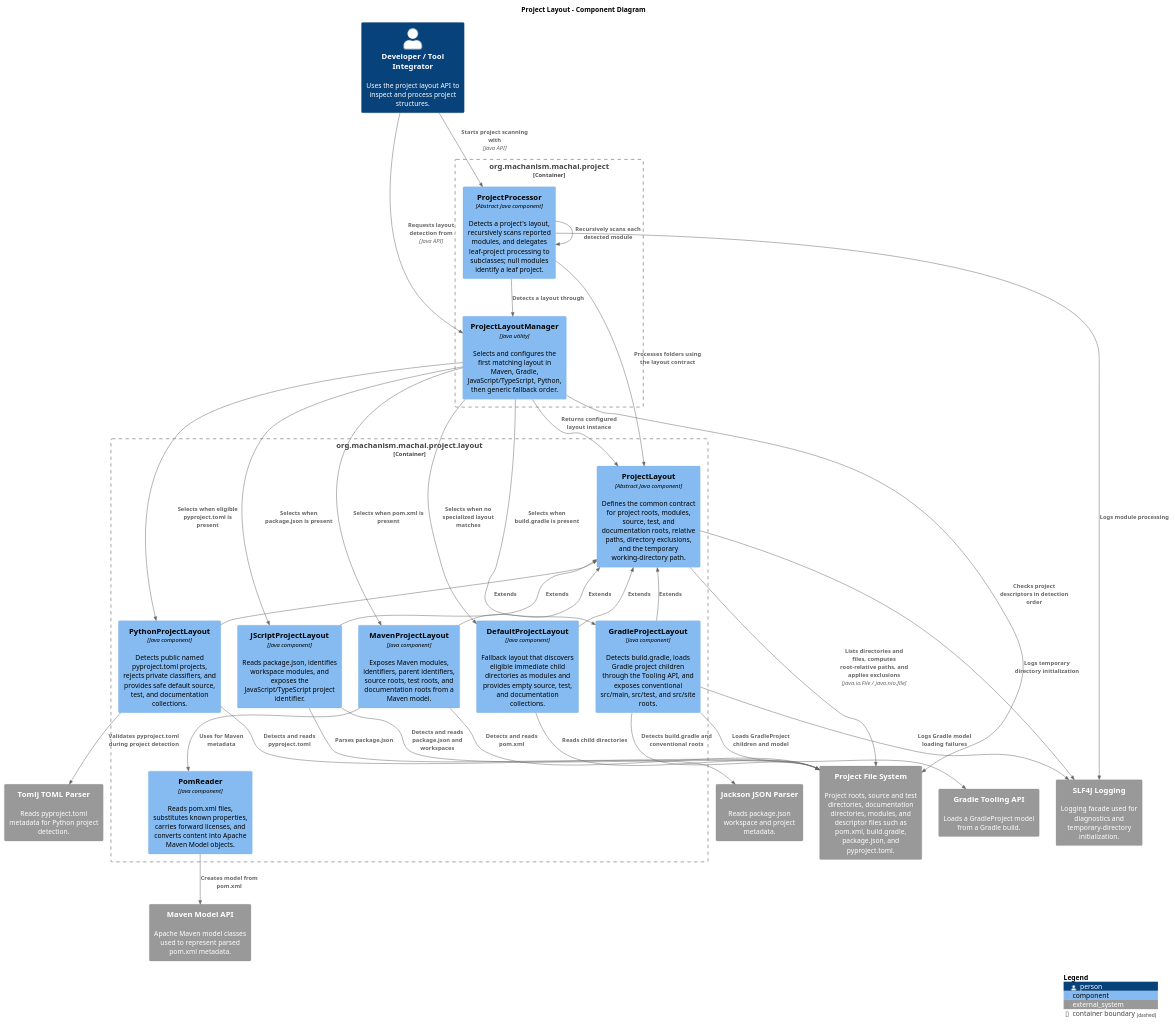
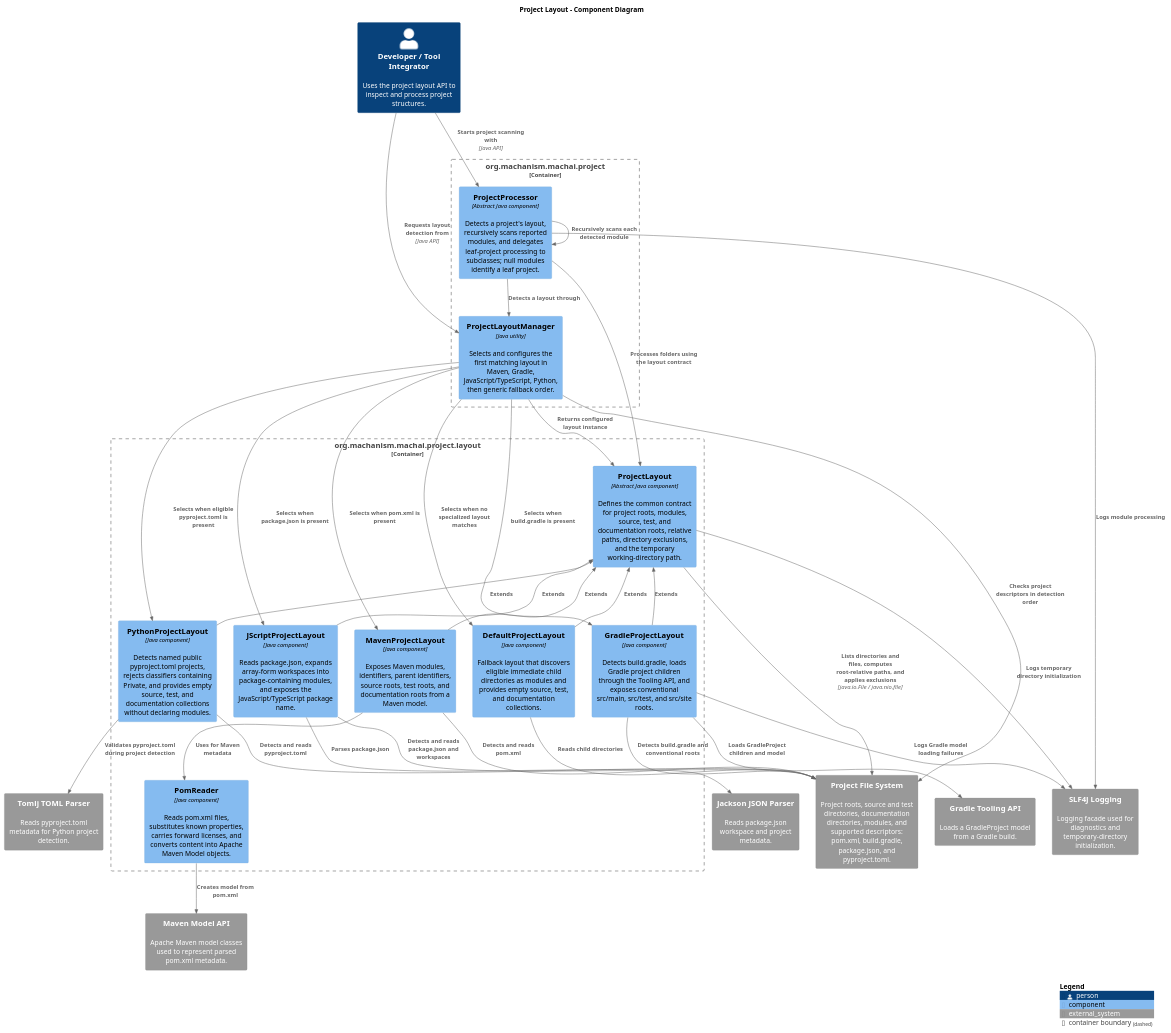
The diagram in src/site/puml/c4-diagram.puml (machanism-org/project-layout), drawn with PlantUML before and after one commit. The commit also changed 4 other files, not shown here.

Commit message:
docs: clarify project layout behavior

```diff
--- a/src/site/puml/c4-diagram.puml
+++ b/src/site/puml/c4-diagram.puml
@@ -10,68 +10,68 @@
 @startuml ProjectLayoutComponentDiagram
 !include <C4/C4_Component>
 
 LAYOUT_TOP_DOWN()
 
 title Project Layout - Component Diagram
 
 Person(developer, "Developer / Tool Integrator", "Uses the project layout API to inspect and process project structures.")
 
-System_Ext(projectFiles, "Project File System", "Project roots, source and test directories, documentation directories, modules, and descriptor files such as pom.xml, build.gradle, package.json, and pyproject.toml.")
+System_Ext(projectFiles, "Project File System", "Project roots, source and test directories, documentation directories, modules, and supported descriptors: pom.xml, build.gradle, package.json, and pyproject.toml.")
 System_Ext(mavenModel, "Maven Model API", "Apache Maven model classes used to represent parsed pom.xml metadata.")
 System_Ext(gradleTooling, "Gradle Tooling API", "Loads a GradleProject model from a Gradle build.")
 System_Ext(jsonParser, "Jackson JSON Parser", "Reads package.json workspace and project metadata.")
 System_Ext(tomlParser, "Tomlj TOML Parser", "Reads pyproject.toml metadata for Python project detection.")
 System_Ext(logging, "SLF4J Logging", "Logging facade used for diagnostics and temporary-directory initialization.")
 
 Container_Boundary(projectCore, "org.machanism.machai.project") {
     Component(projectProcessor, "ProjectProcessor", "Abstract Java component", "Detects a project's layout, recursively scans reported modules, and delegates leaf-project processing to subclasses; null modules identify a leaf project.")
     Component(projectLayoutManager, "ProjectLayoutManager", "Java utility", "Selects and configures the first matching layout in Maven, Gradle, JavaScript/TypeScript, Python, then generic fallback order.")
 }
 
 Container_Boundary(layoutComponents, "org.machanism.machai.project.layout") {
     Component(projectLayout, "ProjectLayout", "Abstract Java component", "Defines the common contract for project roots, modules, source, test, and documentation roots, relative paths, directory exclusions, and the temporary working-directory path.")
     Component(defaultLayout, "DefaultProjectLayout", "Java component", "Fallback layout that discovers eligible immediate child directories as modules and provides empty source, test, and documentation collections.")
     Component(mavenLayout, "MavenProjectLayout", "Java component", "Exposes Maven modules, identifiers, parent identifiers, source roots, test roots, and documentation roots from a Maven model.")
     Component(gradleLayout, "GradleProjectLayout", "Java component", "Detects build.gradle, loads Gradle project children through the Tooling API, and exposes conventional src/main, src/test, and src/site roots.")
-    Component(jsLayout, "JScriptProjectLayout", "Java component", "Reads package.json, identifies workspace modules, and exposes the JavaScript/TypeScript project identifier.")
-    Component(pythonLayout, "PythonProjectLayout", "Java component", "Detects public named pyproject.toml projects, rejects private classifiers, and provides safe default source, test, and documentation collections.")
+    Component(jsLayout, "JScriptProjectLayout", "Java component", "Reads package.json, expands array-form workspaces into package-containing modules, and exposes the JavaScript/TypeScript package name.")
+    Component(pythonLayout, "PythonProjectLayout", "Java component", "Detects named public pyproject.toml projects, rejects classifiers containing Private, and provides empty source, test, and documentation collections without declaring modules.")
     Component(pomReader, "PomReader", "Java component", "Reads pom.xml files, substitutes known properties, carries forward licenses, and converts content into Apache Maven Model objects.")
 }
 
 Rel(developer, projectProcessor, "Starts project scanning with", "Java API")
 Rel(developer, projectLayoutManager, "Requests layout detection from", "Java API")
 
 Rel(projectProcessor, projectLayoutManager, "Detects a layout through")
 Rel(projectProcessor, projectLayout, "Processes folders using the layout contract")
 Rel(projectProcessor, projectProcessor, "Recursively scans each detected module")
 Rel(projectLayoutManager, projectFiles, "Checks project descriptors in detection order")
 Rel(projectLayoutManager, projectLayout, "Returns configured layout instance")
 Rel(projectLayoutManager, mavenLayout, "Selects when pom.xml is present")
 Rel(projectLayoutManager, gradleLayout, "Selects when build.gradle is present")
 Rel(projectLayoutManager, jsLayout, "Selects when package.json is present")
 Rel(projectLayoutManager, pythonLayout, "Selects when eligible pyproject.toml is present")
 Rel(projectLayoutManager, defaultLayout, "Selects when no specialized layout matches")
 
 Rel_U(defaultLayout, projectLayout, "Extends")
 Rel_U(mavenLayout, projectLayout, "Extends")
 Rel_U(gradleLayout, projectLayout, "Extends")
 Rel_U(jsLayout, projectLayout, "Extends")
 Rel_U(pythonLayout, projectLayout, "Extends")
 
 Rel(projectLayout, projectFiles, "Lists directories and files, computes root-relative paths, and applies exclusions", "java.io.File / java.nio.file")
 Rel(defaultLayout, projectFiles, "Reads child directories")
 Rel(mavenLayout, projectFiles, "Detects and reads pom.xml")
 Rel(mavenLayout, pomReader, "Uses for Maven metadata")
 Rel(pomReader, mavenModel, "Creates model from pom.xml")
 Rel(gradleLayout, projectFiles, "Detects build.gradle and conventional roots")
 Rel(gradleLayout, gradleTooling, "Loads GradleProject children and model")
 Rel(gradleLayout, logging, "Logs Gradle model loading failures")
 Rel(jsLayout, projectFiles, "Detects and reads package.json and workspaces")
 Rel(jsLayout, jsonParser, "Parses package.json")
 Rel(pythonLayout, projectFiles, "Detects and reads pyproject.toml")
 Rel(pythonLayout, tomlParser, "Validates pyproject.toml during project detection")
 Rel(projectProcessor, logging, "Logs module processing")
 Rel(projectLayout, logging, "Logs temporary directory initialization")
 
 SHOW_LEGEND()
 @enduml
```
